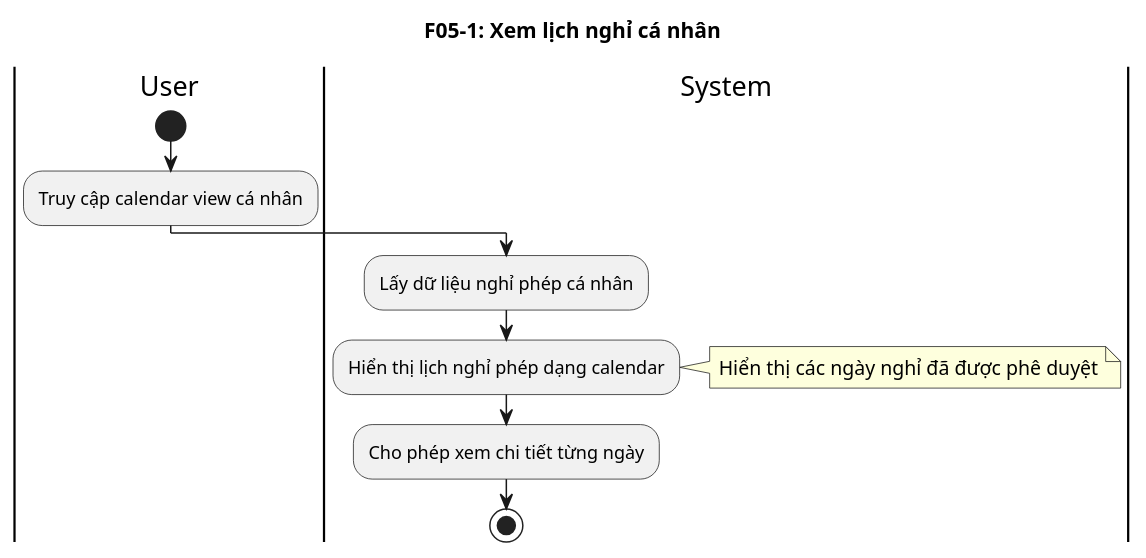
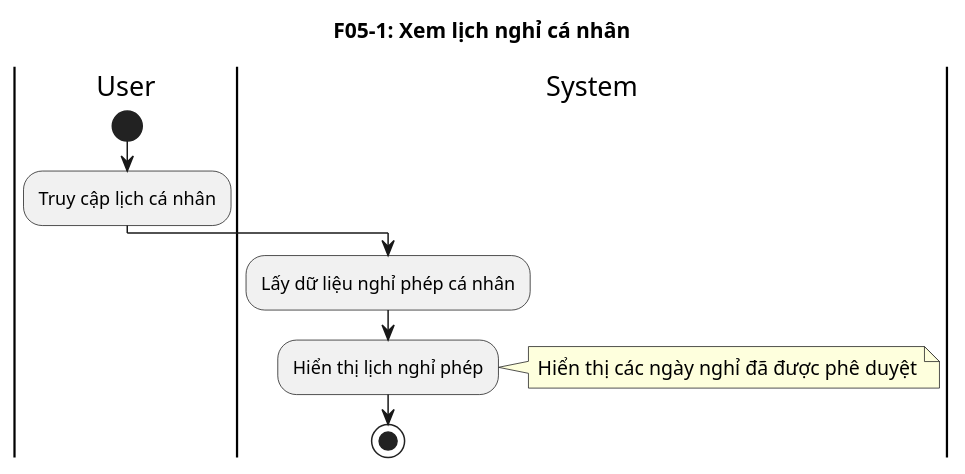
One commit to hoangh-e/PowerAppp_AppNghiPhep changed the eighth of 34 diagrams in activity_diagrams.puml. Above: the diagram before and after it, drawn with PlantUML. The commit also changed other lines of this file and 25 other files, not shown here.

```diff
--- a/activity_diagrams.puml
+++ b/activity_diagrams.puml
@@ -170,12 +177,11 @@
 @startuml F05_Personal_Calendar
 title F05-1: Xem lịch nghỉ cá nhân
 |User|
 start
-:Truy cập calendar view cá nhân;
+:Truy cập lịch cá nhân;
 |System|
 :Lấy dữ liệu nghỉ phép cá nhân;
-:Hiển thị lịch nghỉ phép dạng calendar;
+:Hiển thị lịch nghỉ phép;
 note right: Hiển thị các ngày nghỉ đã được phê duyệt
-:Cho phép xem chi tiết từng ngày;
 stop
 @enduml
```
